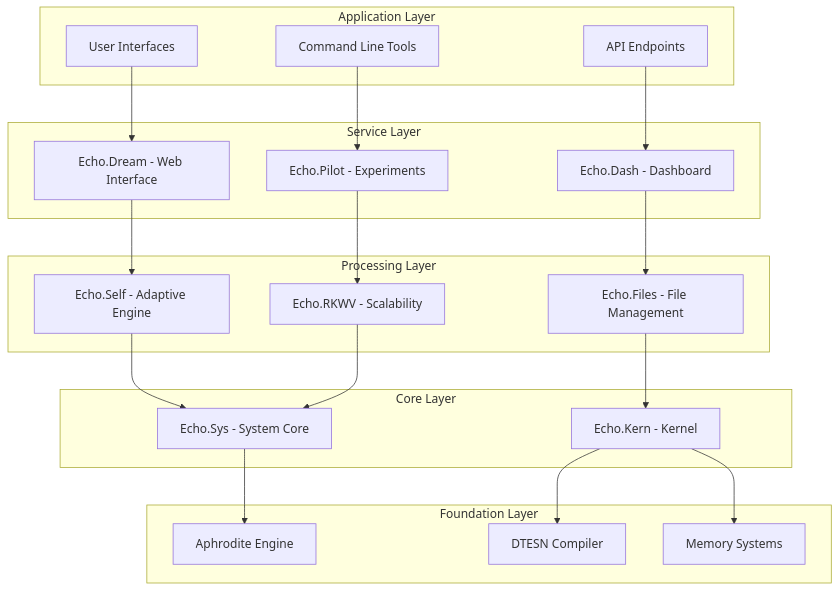
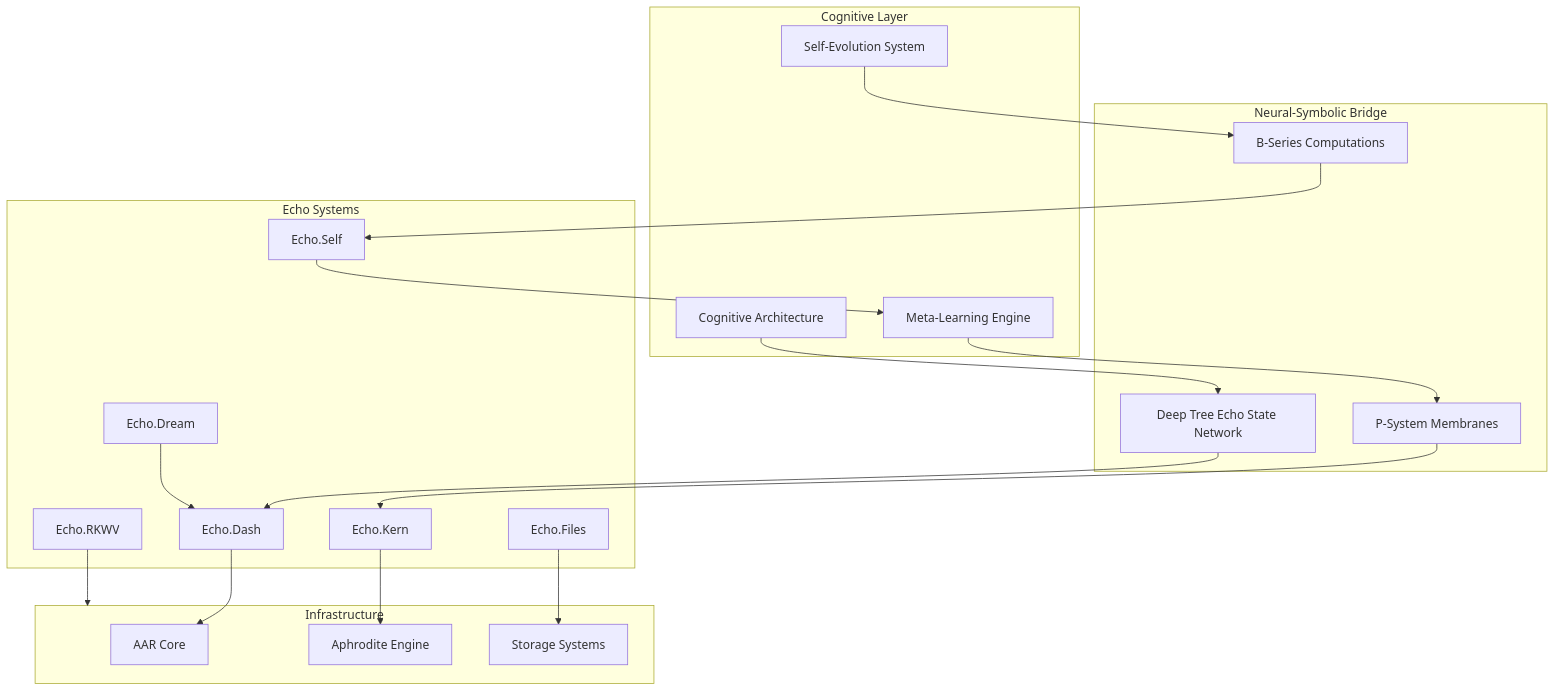
One commit to EchoCog/aphroditecho changed the first of 4 diagrams in wiki/docs/architecture/overview.md. Above: the diagram before and after it, drawn with Mermaid. The commit also changed other lines of this file and 3 other files, not shown here.

````diff
--- a/wiki/docs/architecture/overview.md
+++ b/wiki/docs/architecture/overview.md
@@ -16,47 +7,44 @@
 ```mermaid
 graph TB
-    subgraph "Application Layer"
-        UI[User Interfaces]
-        API[API Endpoints]
-        CLI[Command Line Tools]
+    subgraph "Cognitive Layer"
+        CogArch[Cognitive Architecture]
+        MetaLearning[Meta-Learning Engine]
+        SelfEvolution[Self-Evolution System]
     end
 
-    subgraph "Service Layer"
-        DREAM[Echo.Dream - Web Interface]
-        DASH[Echo.Dash - Dashboard]
-        PILOT[Echo.Pilot - Experiments]
+    subgraph "Neural-Symbolic Bridge"
+        DTESN[Deep Tree Echo State Network]
+        PSystem[P-System Membranes]
+        BSeries[B-Series Computations]
     end
 
-    subgraph "Processing Layer"
-        SELF[Echo.Self - Adaptive Engine]
-        FILES[Echo.Files - File Management]
-        RKWV[Echo.RKWV - Scalability]
+    subgraph "Echo Systems"
+        Dash[Echo.Dash]
+        Dream[Echo.Dream] 
+        Files[Echo.Files]
+        Kern[Echo.Kern]
+        RKWV[Echo.RKWV]
+        Self[Echo.Self]
     end
 
-    subgraph "Core Layer"
-        SYS[Echo.Sys - System Core]
-        KERN[Echo.Kern - Kernel]
+    subgraph "Infrastructure"
+        AAR[AAR Core]
+        Aphrodite[Aphrodite Engine]
+        Storage[Storage Systems]
     end
 
-    subgraph "Foundation Layer"
-        APHRODITE[Aphrodite Engine]
-        DTESN[DTESN Compiler]
-        MEMORY[Memory Systems]
-    end
+    CogArch --> DTESN
+    MetaLearning --> PSystem
+    SelfEvolution --> BSeries
 
-    UI --> DREAM
-    API --> DASH
-    CLI --> PILOT
-    
-    DREAM --> SELF
-    DASH --> FILES
-    PILOT --> RKWV
-    
-    SELF --> SYS
-    FILES --> KERN
-    RKWV --> SYS
-    
-    SYS --> APHRODITE
-    KERN --> DTESN
-    KERN --> MEMORY
+    DTESN --> Dash
+    PSystem --> Kern
+    BSeries --> Self
+
+    Dash --> AAR
+    Dream --> Dash
+    Files --> Storage
+    Kern --> Aphrodite
+    RKWV --> Infrastructure
+    Self --> MetaLearning
 ```
````
